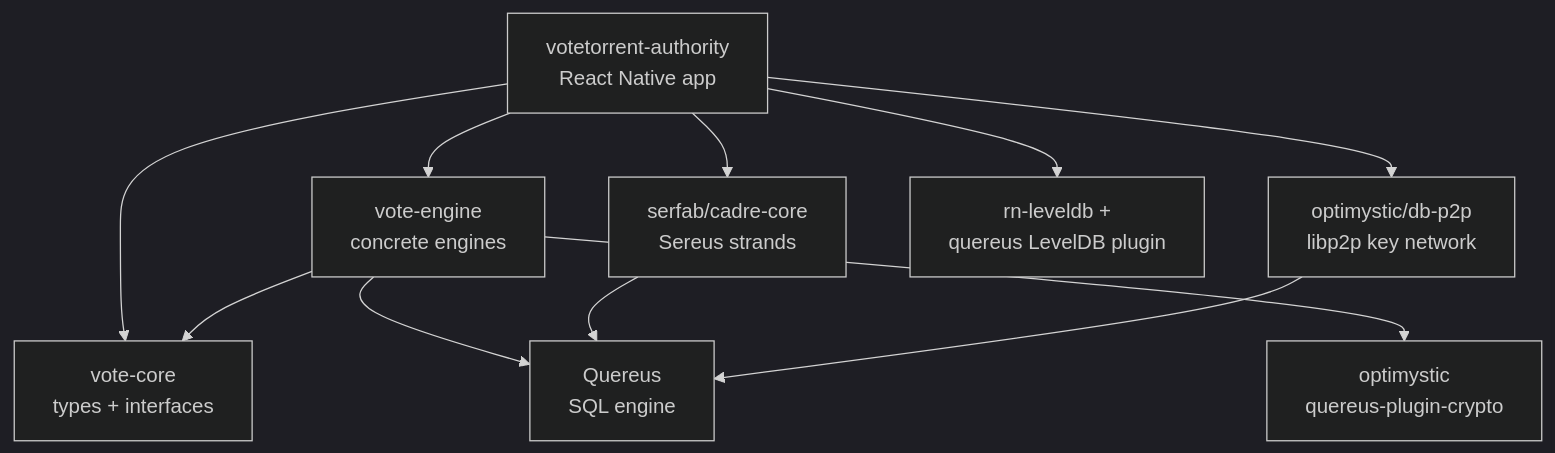
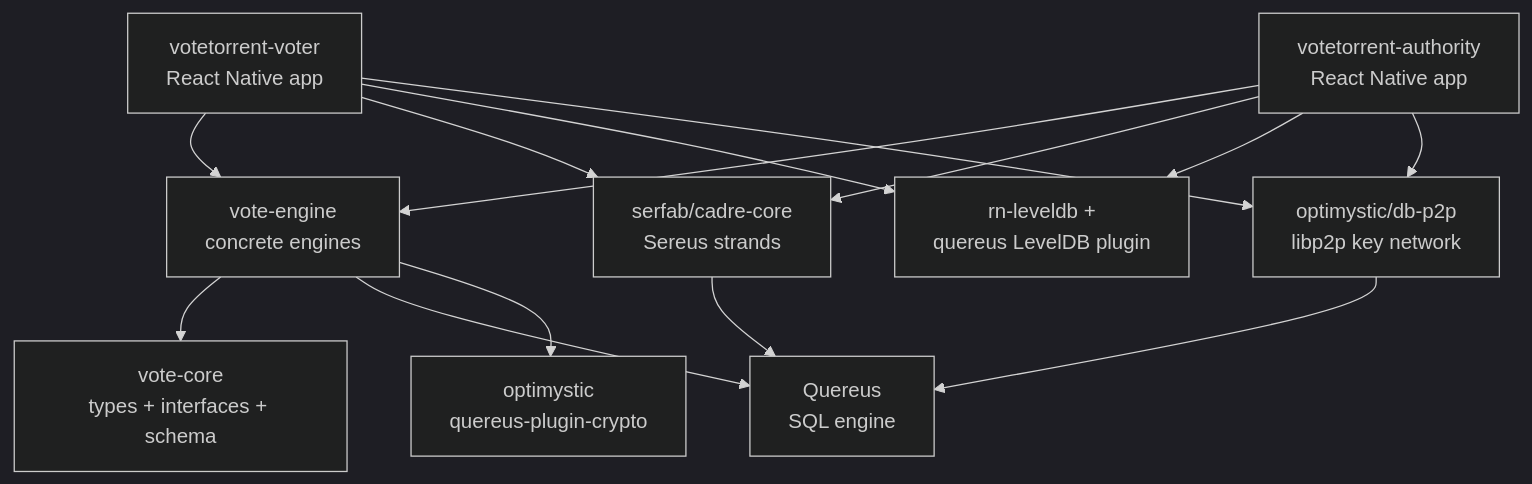
Before and after one commit to gotchoices/votetorrent: the first of 2 diagrams in doc/codebase-architecture.md, drawn with Mermaid (dark theme). The commit also changed other lines of this file and 45 other files, not shown here.

````diff
--- a/doc/codebase-architecture.md
+++ b/doc/codebase-architecture.md
@@ -68,22 +66,26 @@
 ```mermaid
 graph TD
-    app[votetorrent-authority<br/>React Native app]
+    voter[votetorrent-voter<br/>React Native app]
+    auth[votetorrent-authority<br/>React Native app]
     engine[vote-engine<br/>concrete engines]
-    core[vote-core<br/>types + interfaces]
+    core[vote-core<br/>types + interfaces + schema]
     quereus[Quereus<br/>SQL engine]
     cryptoplug[optimystic<br/>quereus-plugin-crypto]
     cadre[serfab/cadre-core<br/>Sereus strands]
     dbp2p[optimystic/db-p2p<br/>libp2p key network]
     leveldb[rn-leveldb +<br/>quereus LevelDB plugin]
 
-    app --> engine
-    app --> core
-    app --> cadre
-    app --> dbp2p
-    app --> leveldb
+    voter --> engine
+    auth --> engine
+    voter --> cadre
+    auth --> cadre
+    voter --> leveldb
+    auth --> leveldb
+    voter --> dbp2p
+    auth --> dbp2p
     engine --> core
     engine --> quereus
     engine --> cryptoplug
     cadre --> quereus
     dbp2p --> quereus
 ```
````
